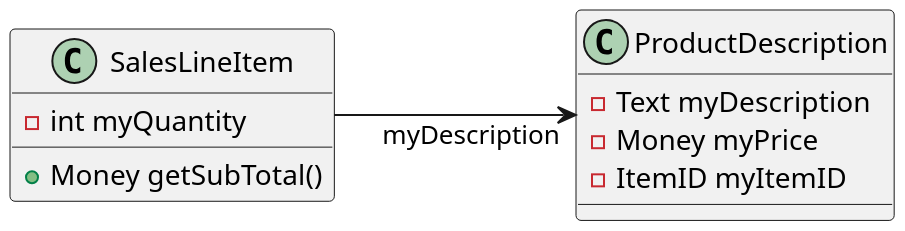
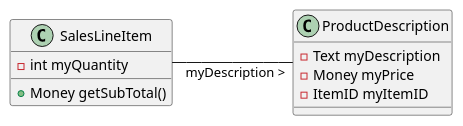
The first of 8 diagrams in Lectures/07_Design_to_Code.org (bth-dipt-teaching/PA1458-OO-Design), drawn with PlantUML before and after one commit. The commit also changed other lines of this file and 15 other files, not shown here.

```diff
--- a/Lectures/07_Design_to_Code.org
+++ b/Lectures/07_Design_to_Code.org
@@ -17,10 +17,10 @@
 #+BEGIN_SRC plantuml :file FClassToCode.png
-scale 2
+' scale 2
 left to right direction
 SalesLineItem : -int myQuantity
 SalesLineItem : +Money getSubTotal()
-SalesLineItem ---> "myDescription" ProductDescription 
+SalesLineItem --- "myDescription >" ProductDescription 
 ProductDescription : -Text myDescription
 ProductDescription : -Money myPrice
 ProductDescription : -ItemID myItemID
 #+END_SRC
```
